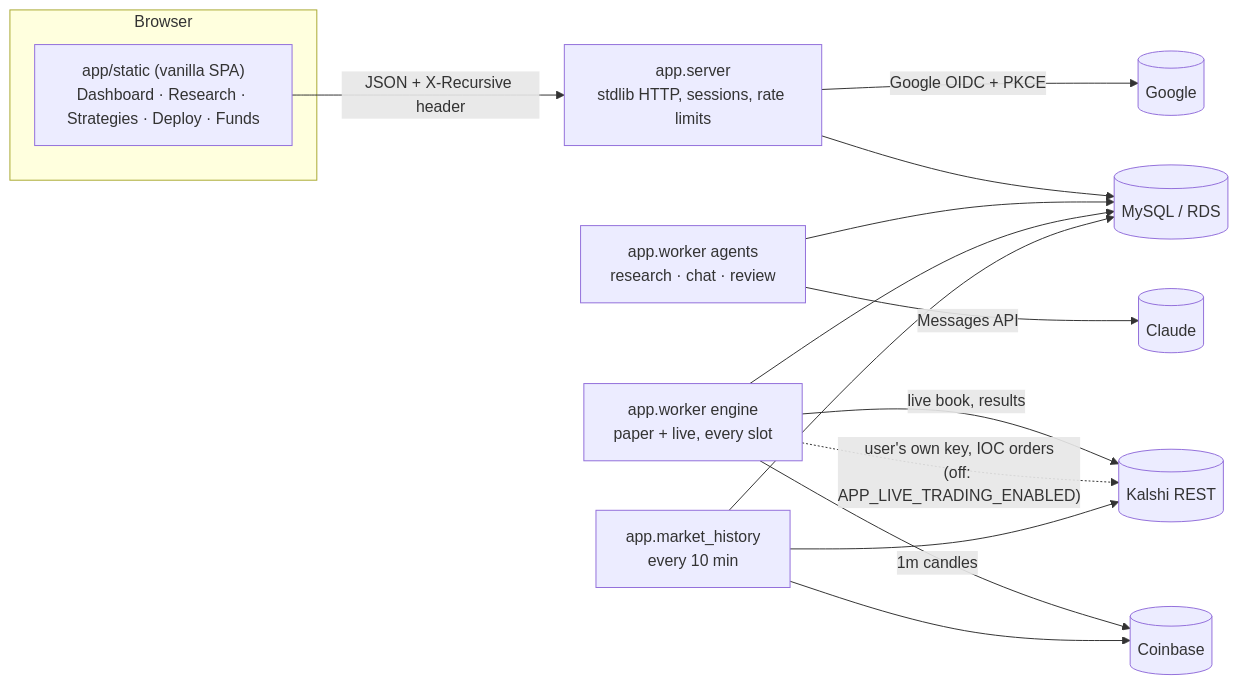
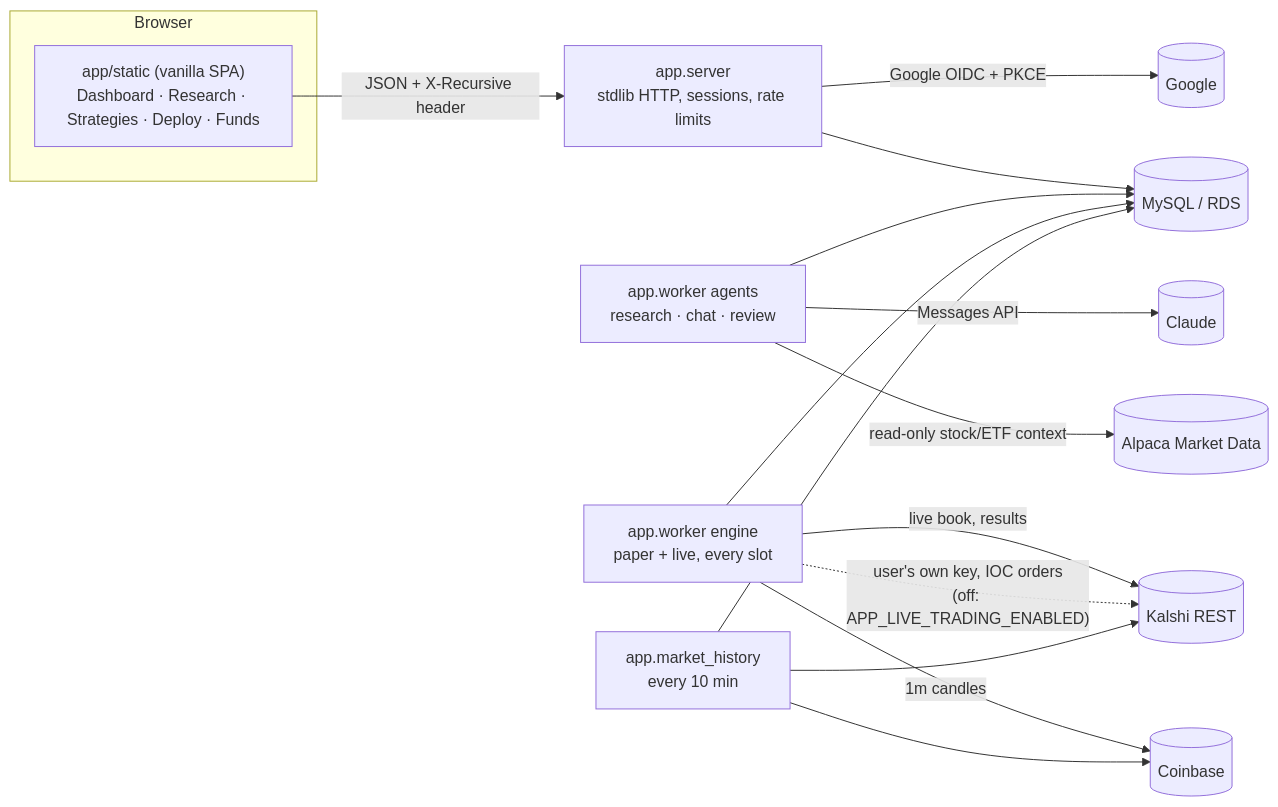
The first of 2 diagrams in kalshi_trade_infra/app/README.md (JihuiTanUchicago/kalshi_trade), drawn with Mermaid before and after one commit. The commit also changed other lines of this file and 9 other files, not shown here.

Commit message:
feat: add Alpaca market data to research agents

````diff
--- a/kalshi_trade_infra/app/README.md
+++ b/kalshi_trade_infra/app/README.md
@@ -10,18 +83,19 @@
 ```mermaid
 flowchart LR
   subgraph Browser
     SPA["app/static (vanilla SPA)<br/>Dashboard · Research · Strategies · Deploy · Funds"]
   end
   SPA -- "JSON + X-Recursive header" --> WEB["app.server<br/>stdlib HTTP, sessions, rate limits"]
   WEB -- "Google OIDC + PKCE" --> G[(Google)]
   WEB --> DB[(MySQL / RDS)]
   AG["app.worker agents<br/>research · chat · review"] --> DB
   AG -- "Messages API" --> C[(Claude)]
+  AG -- "read-only stock/ETF context" --> AL[(Alpaca Market Data)]
   EN["app.worker engine<br/>paper + live, every slot"] --> DB
   EN -- "live book, results" --> K[(Kalshi REST)]
   EN -- "1m candles" --> CB[(Coinbase)]
   EN -. "user's own key, IOC orders<br/>(off: APP_LIVE_TRADING_ENABLED)" .-> K
   HI["app.market_history<br/>every 10 min"] --> DB
   HI --> K
   HI --> CB
 ```
````
